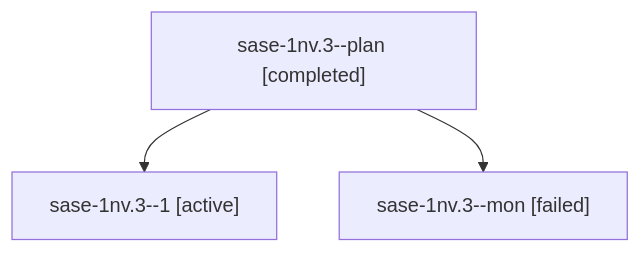
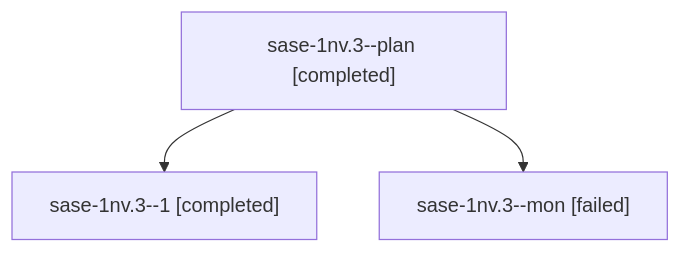
The diagram in sessions/bbugyi200.athena.sase-1nv.3.md (sase-org/sase--agents), drawn with Mermaid before and after one commit. The commit also changed other lines of this file and 131 other files, not shown here.

````diff
--- a/sessions/bbugyi200.athena.sase-1nv.3.md
+++ b/sessions/bbugyi200.athena.sase-1nv.3.md
@@ -9,8 +9,8 @@
 ```mermaid
 flowchart TD
   n0["sase-1nv.3--plan [completed]"]
-  n1["sase-1nv.3--1 [active]"]
+  n1["sase-1nv.3--1 [completed]"]
   n0 --> n1
   n2["sase-1nv.3--mon [failed]"]
   n0 --> n2
 ```
````
